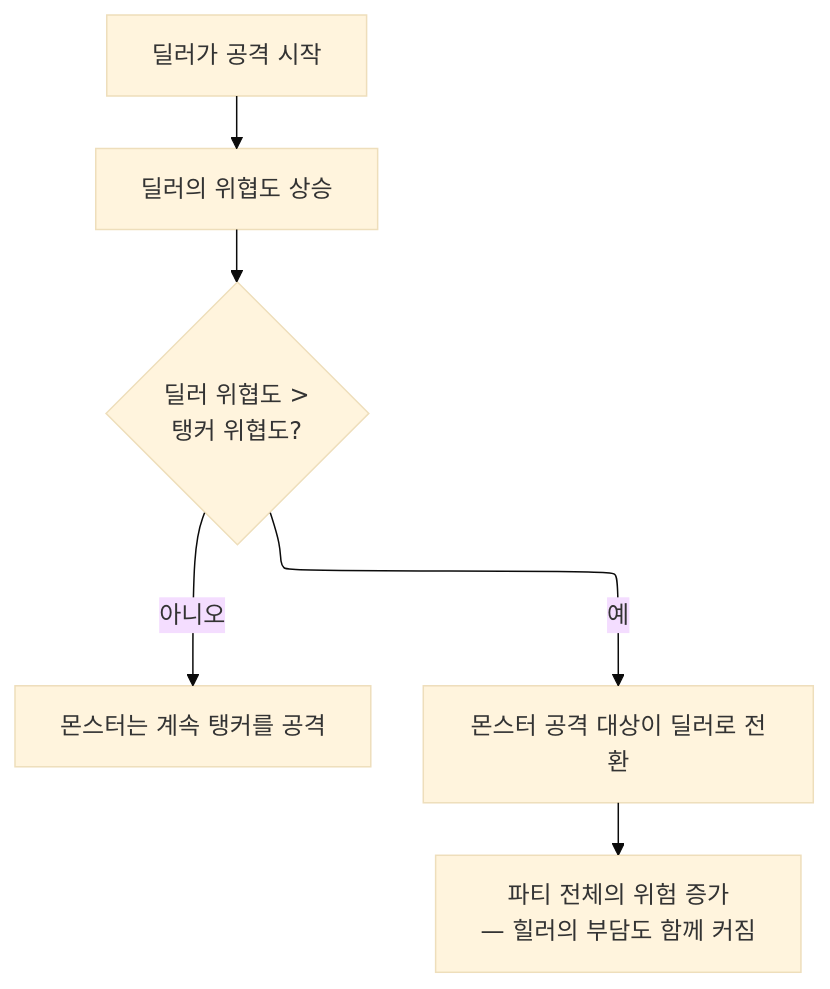
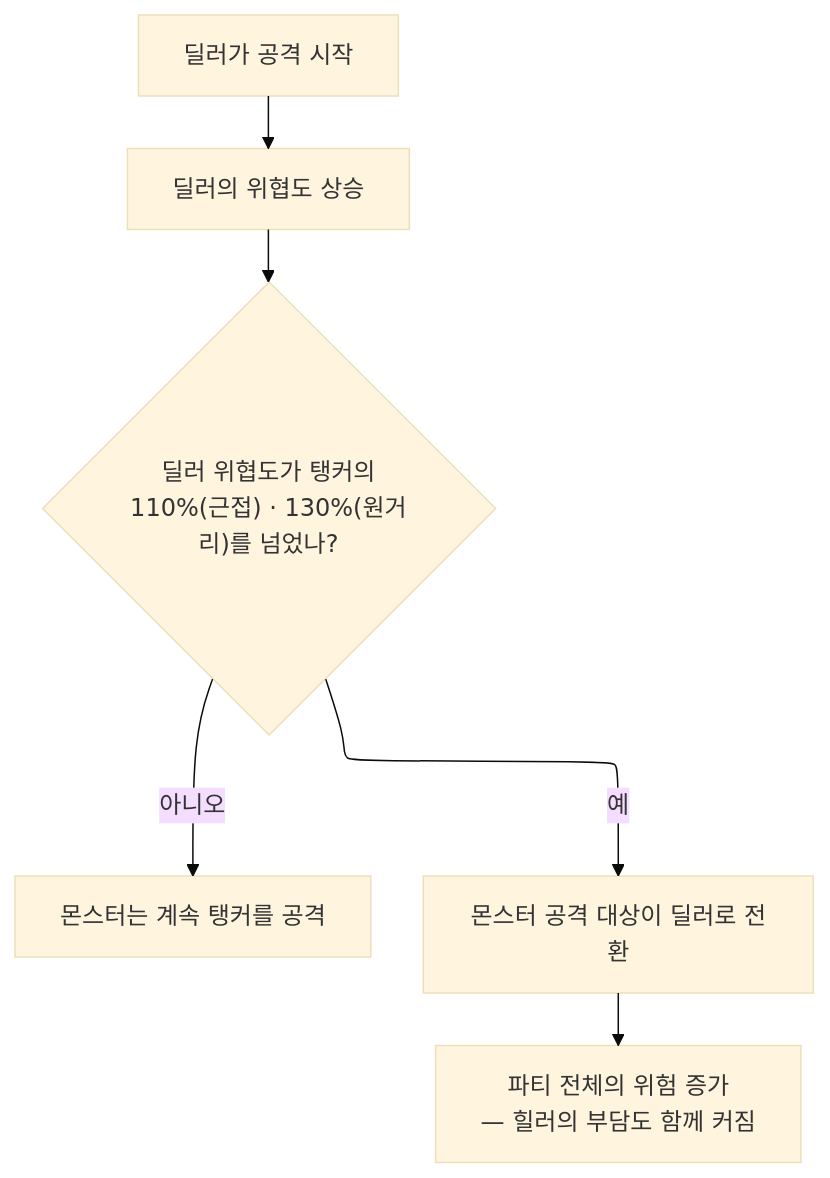
Before and after one commit to pinkshield/portfolio: the fifth of 8 diagrams in src/5-wow-hardcore-analysis/기술문서.md, drawn with Mermaid (base theme). The commit also changed other lines of this file and 12 other files, not shown here.

````diff
--- a/src/5-wow-hardcore-analysis/기술문서.md
+++ b/src/5-wow-hardcore-analysis/기술문서.md
@@ -195,9 +239,9 @@
 ```mermaid
 %%{init: {"layout": "elk"}}%%
 flowchart TD
     A["딜러가 공격 시작"] --> B["딜러의 위협도 상승"]
-    B --> C{"딜러 위협도 ><br/>탱커 위협도?"}
+    B --> C{"딜러 위협도가 탱커의<br/>110%(근접) · 130%(원거리)를 넘었나?"}
     C -->|"아니오"| D["몬스터는 계속 탱커를 공격"]
     C -->|"예"| E["몬스터 공격 대상이 딜러로 전환"]
     E --> F["파티 전체의 위험 증가<br/>— 힐러의 부담도 함께 커짐"]
 ```
````
